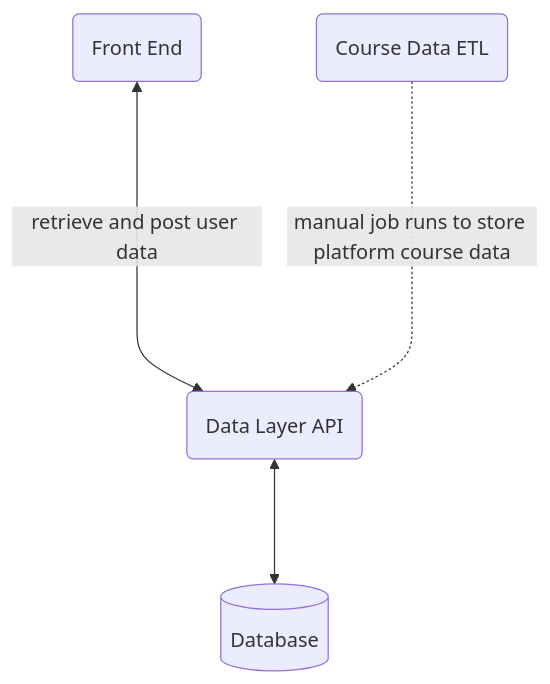
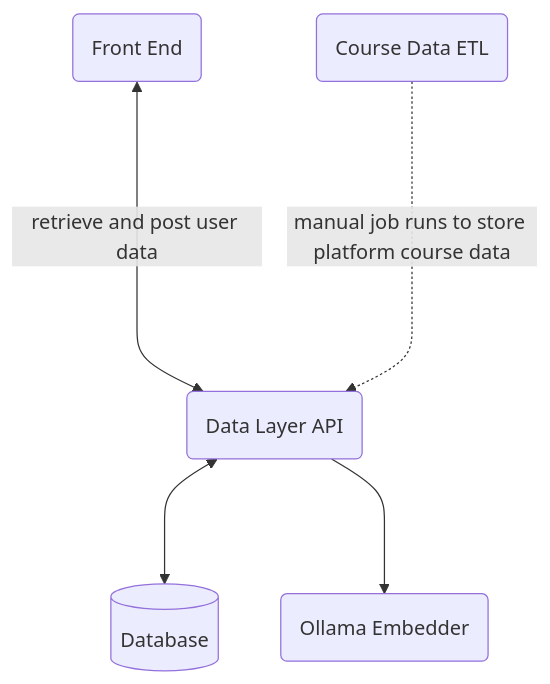
Before and after one commit to leovrodriguez/CourseReview: the diagram in README.md, drawn with Mermaid.

Commit message:
Update Architecture Diagram

````diff
--- a/README.md
+++ b/README.md
@@ -6,12 +6,13 @@
  ```mermaid
 flowchart TD
     A@{ shape: cyl, label: "Database" }
     B(Front End)
-    C(Data Layer API 
-        )
+    C(Data Layer API )
     D(Course Data ETL)
+    E(Ollama Embedder)
 
     B <-- retrieve and post user data -----> C
     D -.manual job runs to store platform course data....-> C
     C <---> A
+    C ---> E
 ```
````
